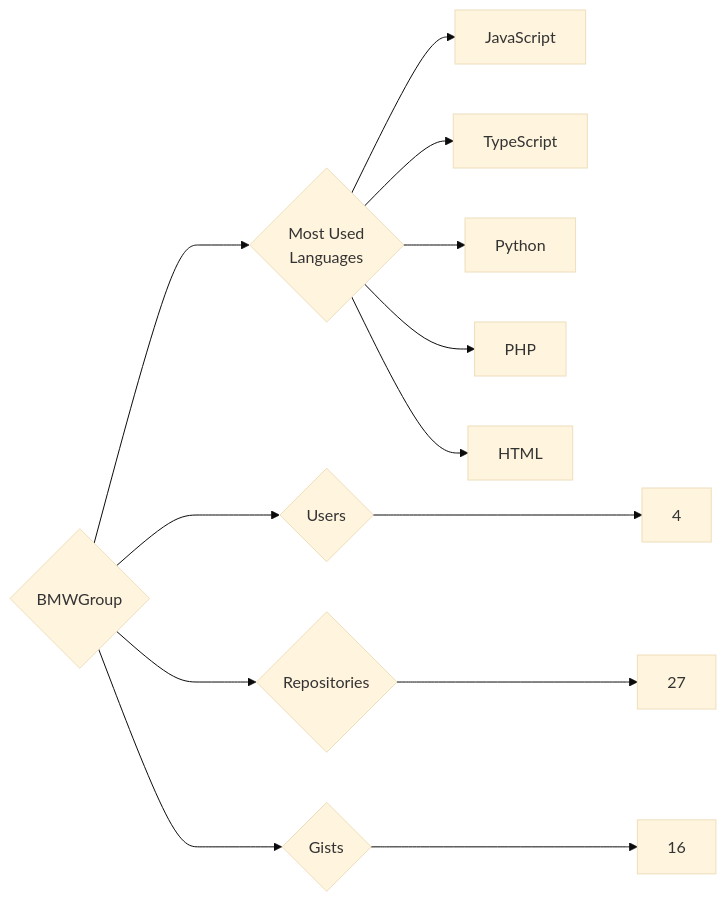
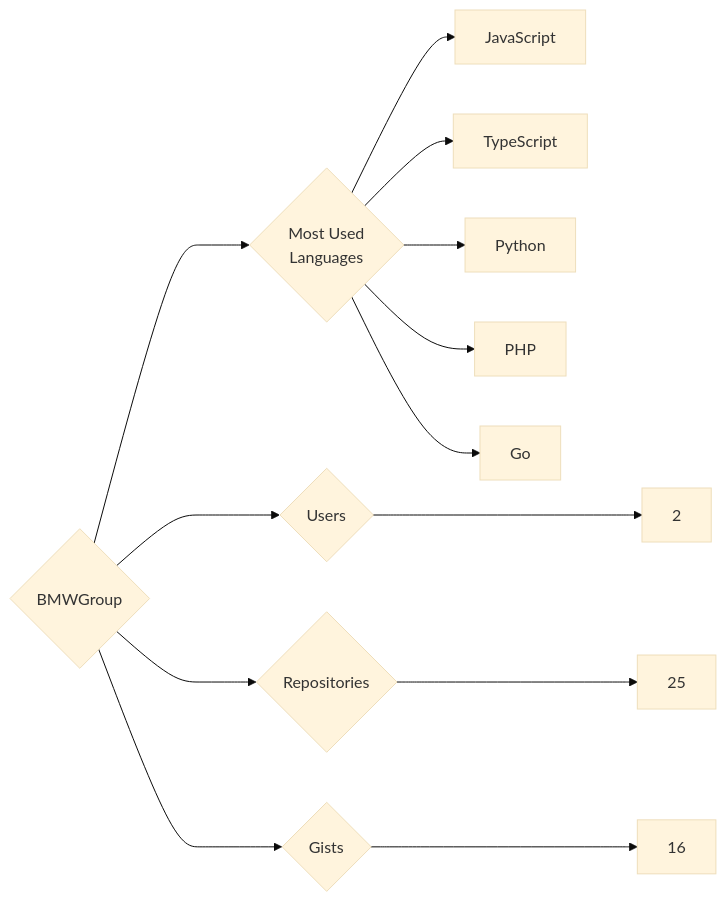
One commit to trickest/insiders changed the diagram in targets/BMWGroup/README.md. Above: the diagram before and after it, drawn with Mermaid (base theme). The commit also changed 1078 other files, not shown here.

````diff
--- a/targets/BMWGroup/README.md
+++ b/targets/BMWGroup/README.md
@@ -3,13 +3,13 @@
 ```mermaid
 graph LR
 COMPANY_NAME{BMWGroup}
-COMPANY_NAME ---> U{Users} ---> UN[4]
-COMPANY_NAME ---> R{Repositories} ---> RN[27]
+COMPANY_NAME ---> U{Users} ---> UN[2]
+COMPANY_NAME ---> R{Repositories} ---> RN[25]
 COMPANY_NAME ---> G{Gists} ---> GN[16]
 COMPANY_NAME ---> ML{Most Used<br>Languages}
 ML --> JavaScript[JavaScript]
 ML --> TypeScript[TypeScript]
 ML --> Python[Python]
 ML --> PHP[PHP]
-ML --> HTML[HTML]
+ML --> Go[Go]
 ```
````
